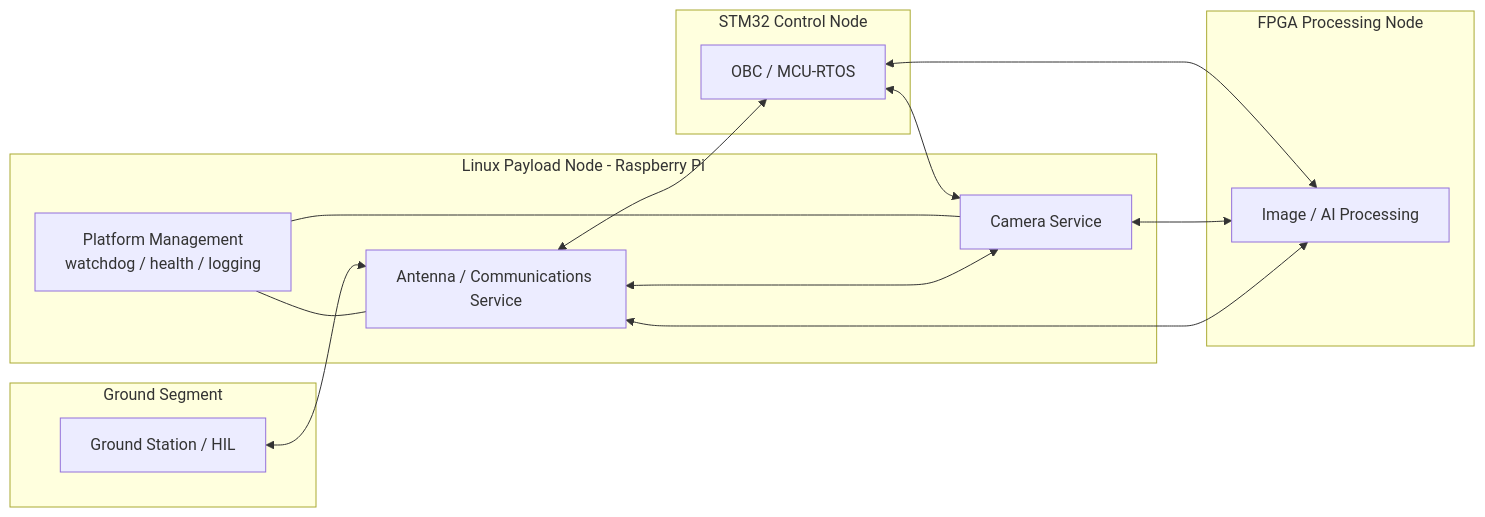
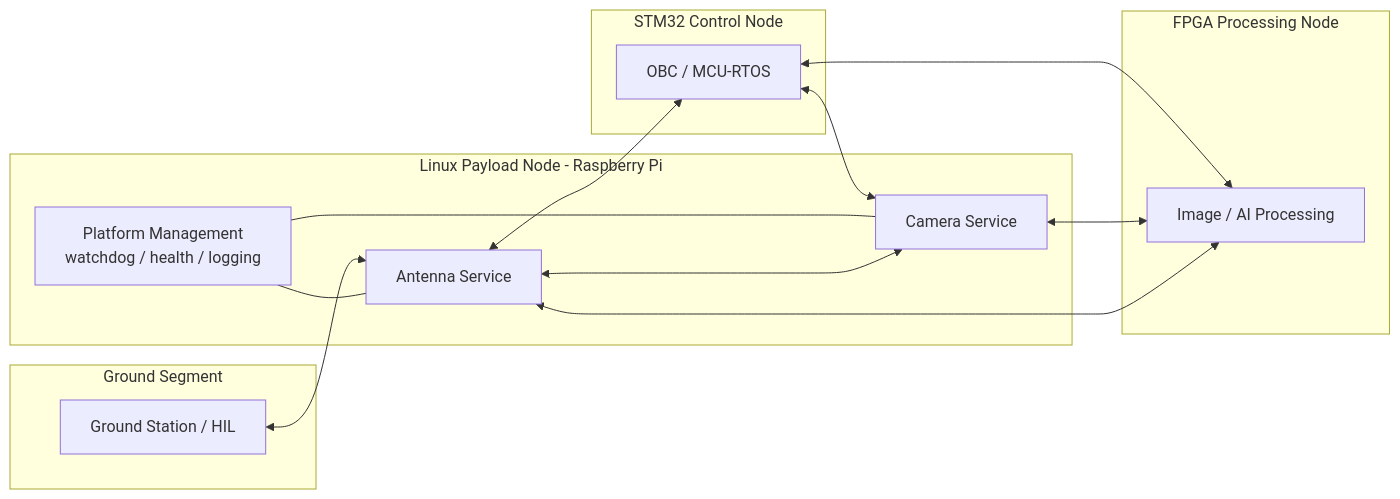
Before and after one commit to ExoSpaceLabs/exn: the diagram in README.md, drawn with Mermaid. The commit also changed other lines of this file, not shown here.

Commit message:
docs(exn): simplify Pi antenna role

````diff
--- a/README.md
+++ b/README.md
@@ -126,30 +126,30 @@
 ```mermaid
 graph LR
   subgraph "Ground Segment"
     GS[Ground Station / HIL]
   end
 
   subgraph "Linux Payload Node - Raspberry Pi"
     CAM[Camera Service]
-    ANT[Antenna / Communications Service]
+    ANT[Antenna Service]
     PM[Platform Management<br/>watchdog / health / logging]
   end
 
   subgraph "STM32 Control Node"
     OBC[OBC / MCU-RTOS]
   end
 
   subgraph "FPGA Processing Node"
     FPGA[Image / AI Processing]
   end
 
   GS <--> ANT
   ANT <--> OBC
   OBC <--> CAM
   OBC <--> FPGA
   CAM <--> FPGA
   CAM <--> ANT
   FPGA <--> ANT
   PM --- CAM
   PM --- ANT
 ```
````
